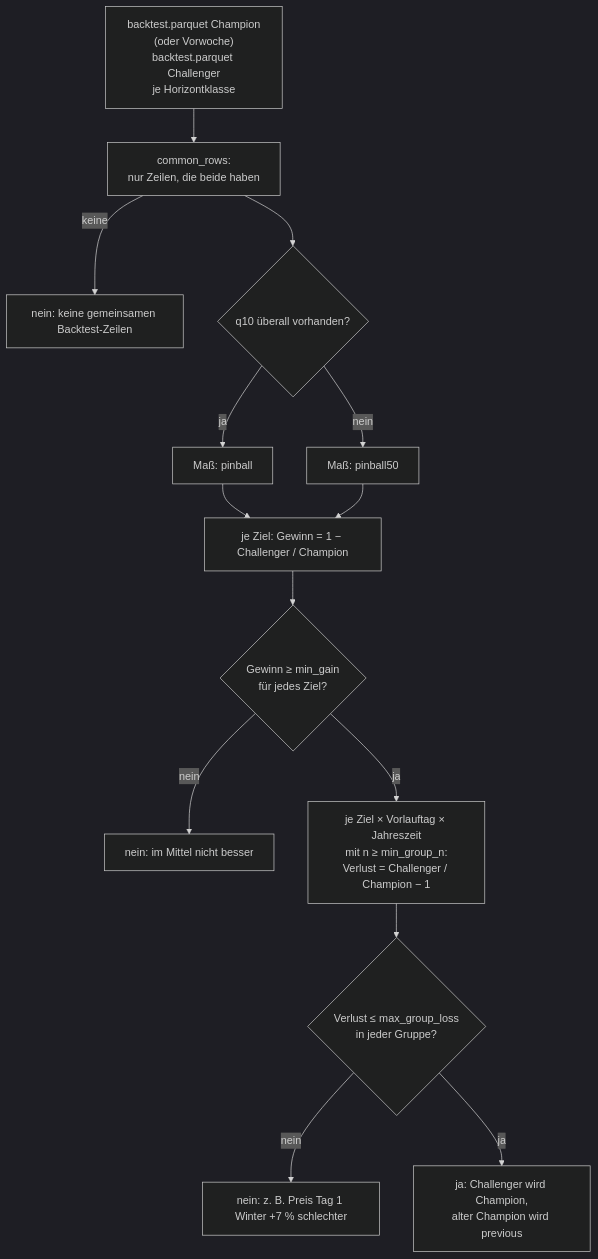
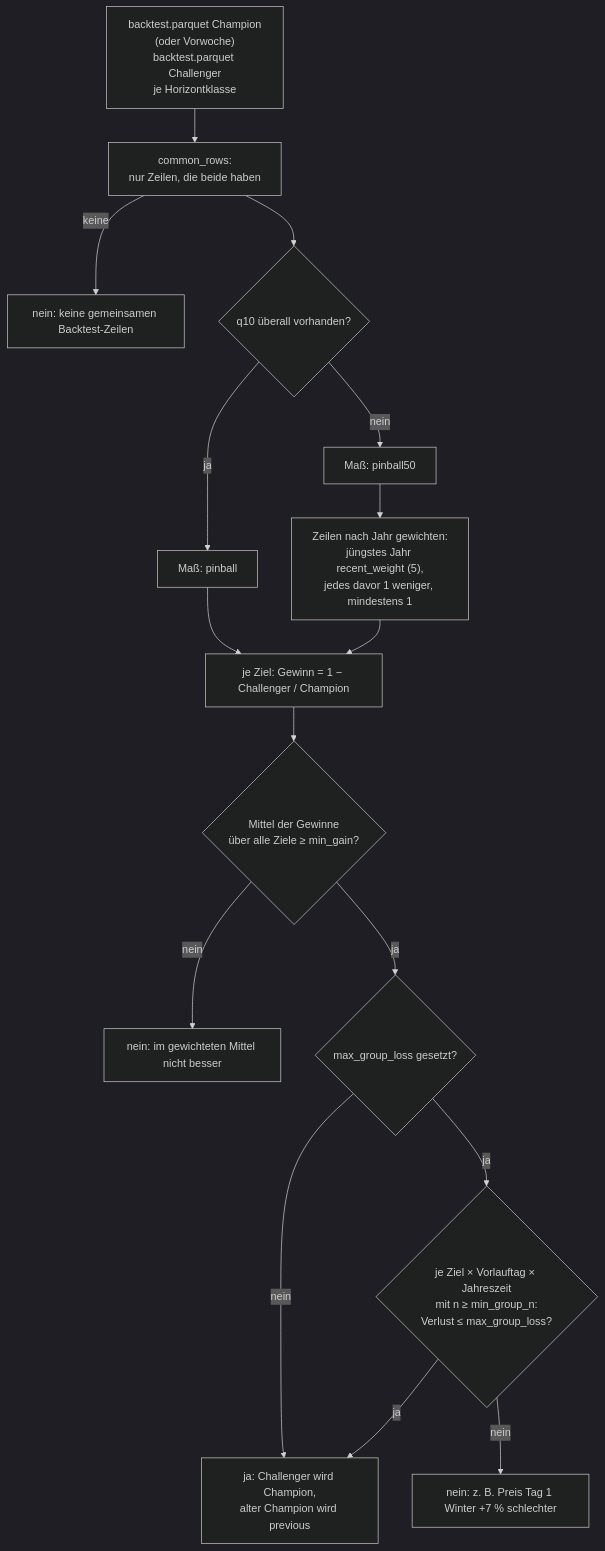
Before and after one commit to the78mole/PredictionDB: the seventh of 7 diagrams in docs/BACKTEST.md, drawn with Mermaid (dark theme). The commit also changed other lines of this file and 8 other files, not shown here.

First line of the commit message:
feat(ml-train): Champion gewinnt im gewichteten Mittel über alle Ziele (#310)

````diff
--- a/docs/BACKTEST.md
+++ b/docs/BACKTEST.md
@@ -480,16 +480,18 @@
 ```mermaid
 flowchart TD
     A["backtest.parquet Champion<br/>(oder Vorwoche)<br/>backtest.parquet Challenger<br/>je Horizontklasse"] --> B["common_rows:<br/>nur Zeilen, die beide haben"]
     B -->|keine| X1["nein: keine gemeinsamen Backtest-Zeilen"]
     B --> C{"q10 überall vorhanden?"}
     C -->|ja| M1["Maß: pinball"]
     C -->|nein| M2["Maß: pinball50"]
     M1 --> D
-    M2 --> D["je Ziel: Gewinn = 1 − Challenger / Champion"]
-    D --> E{"Gewinn ≥ min_gain<br/>für jedes Ziel?"}
-    E -->|nein| X2["nein: im Mittel nicht besser"]
-    E -->|ja| F["je Ziel × Vorlauftag × Jahreszeit<br/>mit n ≥ min_group_n:<br/>Verlust = Challenger / Champion − 1"]
-    F --> G{"Verlust ≤ max_group_loss<br/>in jeder Gruppe?"}
+    M2 --> W["Zeilen nach Jahr gewichten:<br/>jüngstes Jahr recent_weight (5),<br/>jedes davor 1 weniger, mindestens 1"]
+    W --> D["je Ziel: Gewinn = 1 − Challenger / Champion"]
+    D --> E{"Mittel der Gewinne<br/>über alle Ziele ≥ min_gain?"}
+    E -->|nein| X2["nein: im gewichteten Mittel nicht besser"]
+    E -->|ja| F{"max_group_loss gesetzt?"}
+    F -->|nein| OK
+    F -->|ja| G{"je Ziel × Vorlauftag × Jahreszeit<br/>mit n ≥ min_group_n:<br/>Verlust ≤ max_group_loss?"}
     G -->|nein| X3["nein: z. B. Preis Tag 1 Winter +7 % schlechter"]
     G -->|ja| OK["ja: Challenger wird Champion,<br/>alter Champion wird previous"]
 ```
````
